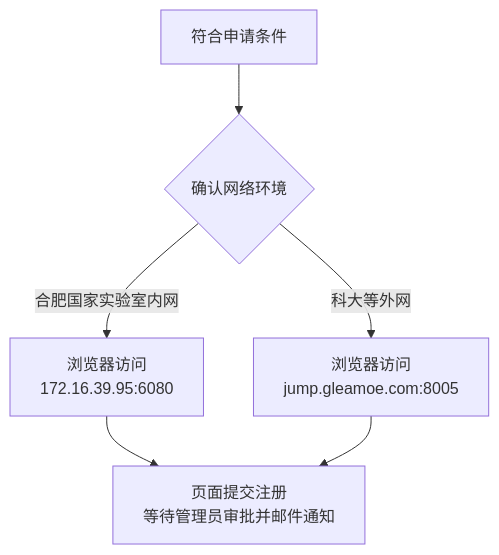
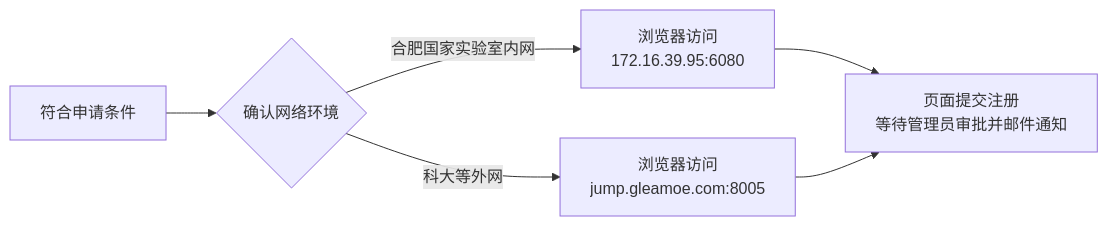
The first of 2 diagrams in _posts/2026-02-02-Yang Group HFNL 服务器使用简明手册.md (hfnl-yanggroup/hfnl-yanggroup.github.io), drawn with Mermaid before and after one commit. The commit also changed other lines of this file and 6 other files, not shown here.

````diff
--- a/_posts/2026-02-02-Yang Group HFNL 服务器使用简明手册.md
+++ b/_posts/2026-02-02-Yang Group HFNL 服务器使用简明手册.md
@@ -33,8 +33,8 @@
 ```mermaid
-flowchart TD
+flowchart LR
   A[符合申请条件] --> B{确认网络环境}
   B -->|合肥国家实验室内网| C[浏览器访问<br/>172.16.39.95:6080]
   B -->|科大等外网| D[浏览器访问<br/>jump.gleamoe.com:8005]
   C --> E[页面提交注册<br/>等待管理员审批并邮件通知]
   D --> E
 ```
````
